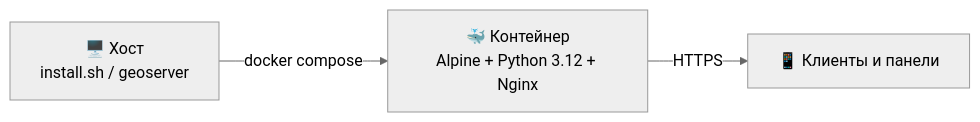
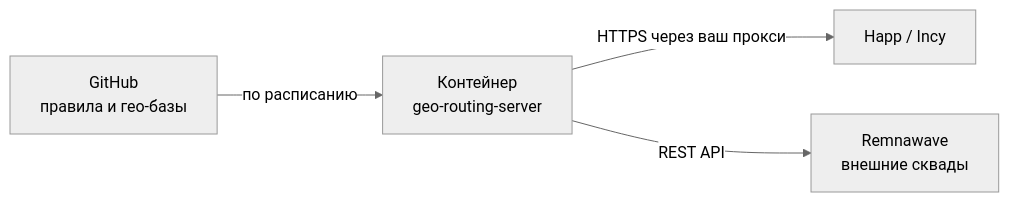
Before and after one commit to xdeptu5/geo-routing-server: the diagram in README.md, drawn with Mermaid (neutral theme). The commit also changed other lines of this file and 2 other files, not shown here.

````diff
--- a/README.md
+++ b/README.md
@@ -103,4 +58,6 @@
 ```mermaid
 flowchart LR
-    HOST["🖥️ Хост<br/>install.sh / geoserver"] -->|docker compose| CONTAINER["🐳 Контейнер<br/>Alpine + Python 3.12 + Nginx"] -->|HTTPS| CLIENTS["📱 Клиенты и панели"]
+    SRC["GitHub<br/>правила и гео-базы"] -->|по расписанию| CONTAINER["Контейнер<br/>geo-routing-server"]
+    CONTAINER -->|HTTPS через ваш прокси| CLIENTS["Happ / Incy"]
+    CONTAINER -->|REST API| REMNA["Remnawave<br/>внешние сквады"]
 ```
````
